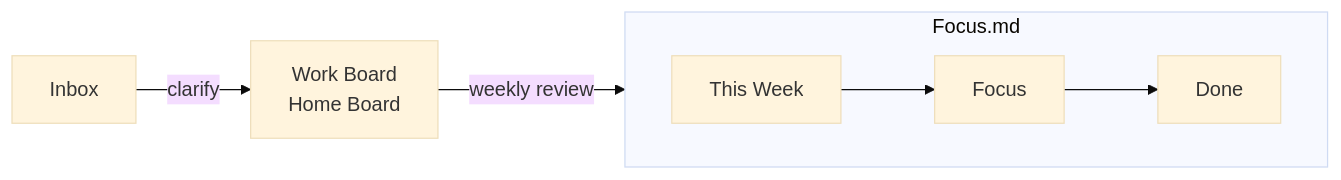
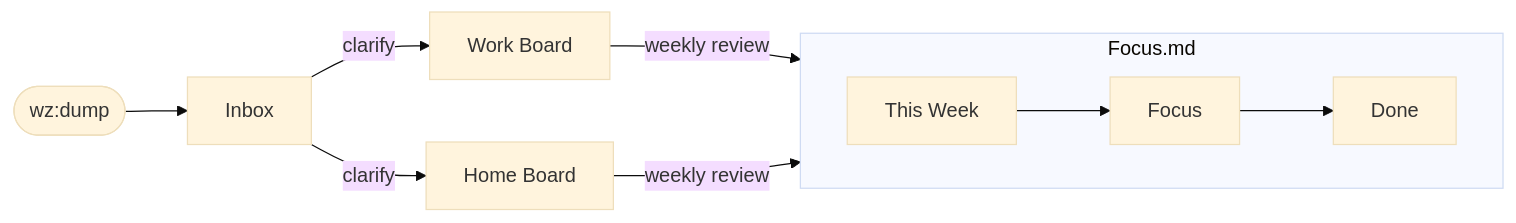
One commit to devguyio/wazeer changed the diagram in README.md. Above: the diagram before and after it, drawn with Mermaid (base theme). The commit also changed other lines of this file and 3 other files, not shown here.

````diff
--- a/README.md
+++ b/README.md
@@ -57,10 +59,12 @@
 ```mermaid
 flowchart LR
-    A[Inbox] -->|clarify| B[Work Board\nHome Board]
-    B -->|weekly review| D
+    dump(["wz:dump"]) --> inbox[Inbox]
+    inbox -->|clarify| work[Work Board]
+    inbox -->|clarify| home[Home Board]
+    work & home -->|weekly review| tw
 
-    subgraph C ["Focus.md"]
+    subgraph focus ["Focus.md"]
         direction LR
-        D[This Week] --> E[Focus] --> F[Done]
+        tw[This Week] --> f[Focus] --> done[Done]
     end
 ```
````
